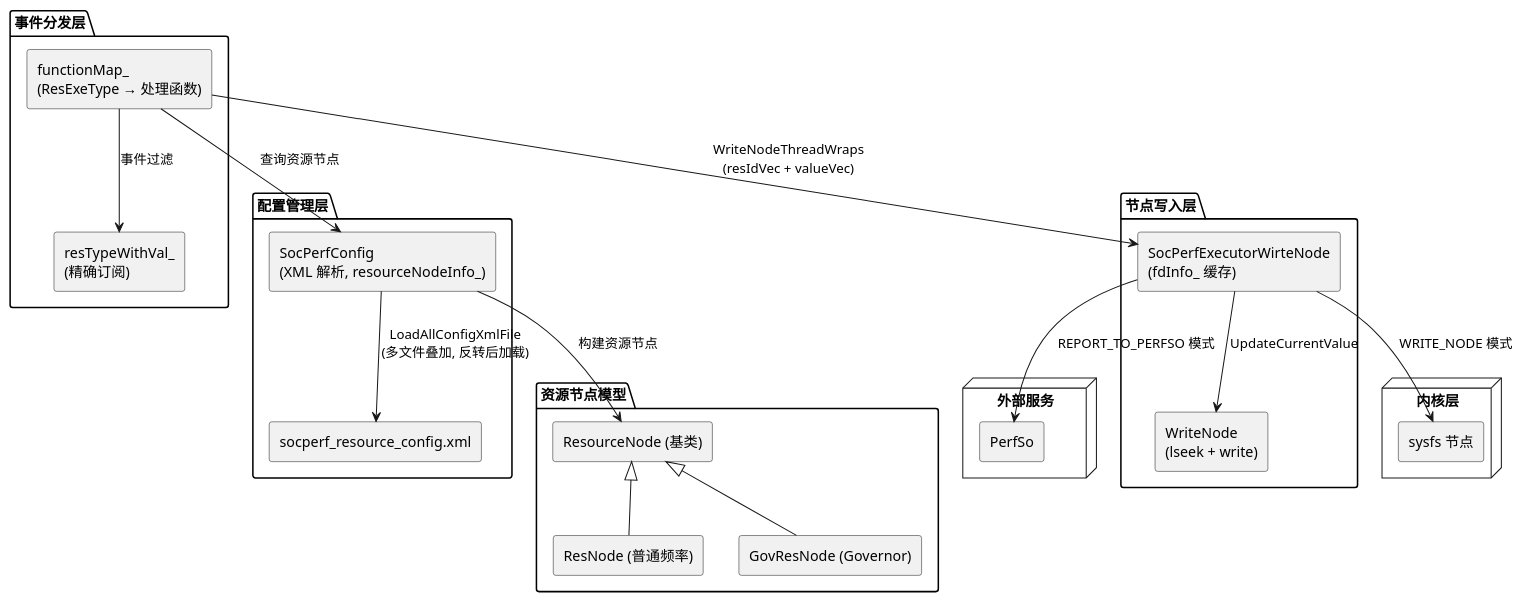
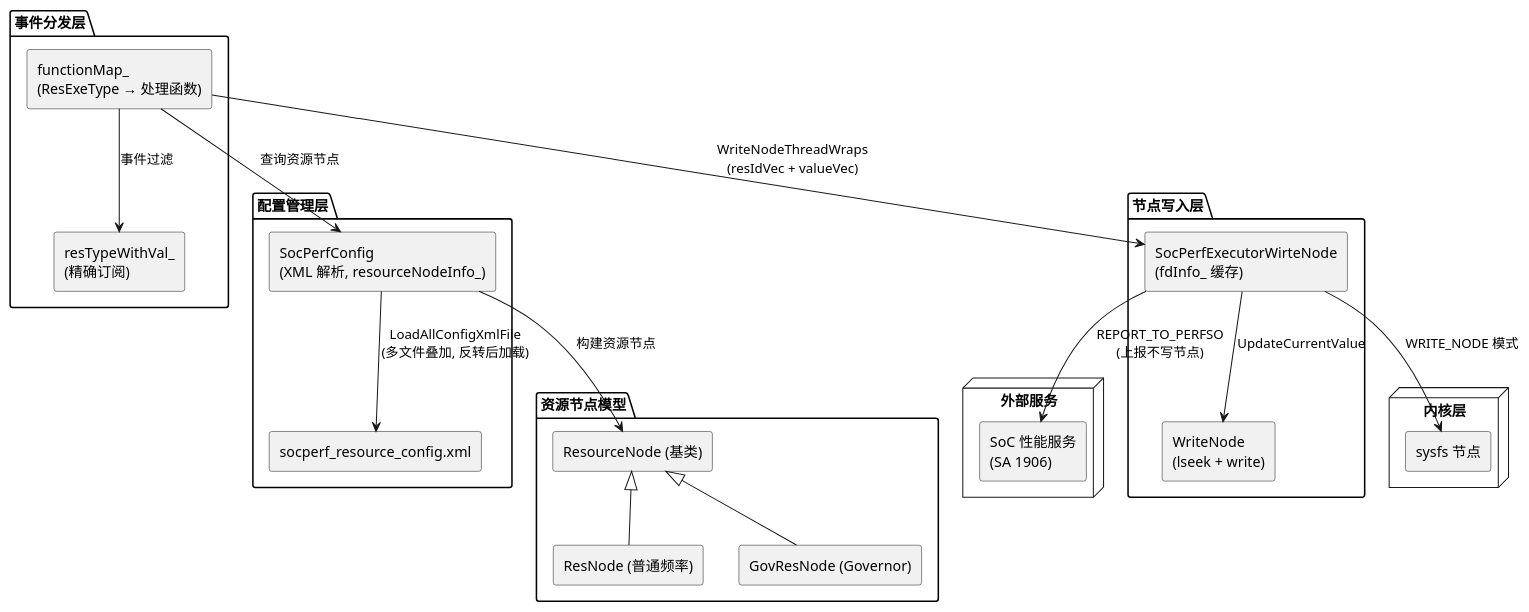
One commit to openharmony/resourceschedule_resource_schedule_service changed the diagram in ressched_executor/plugins/socperf_executor_plugin/docs/knowledge/architecture.md. Above: the diagram before and after it, drawn with PlantUML. The commit also changed other lines of this file and 4 other files, not shown here.

````diff
--- a/ressched_executor/plugins/socperf_executor_plugin/docs/knowledge/architecture.md
+++ b/ressched_executor/plugins/socperf_executor_plugin/docs/knowledge/architecture.md
@@ -15,45 +15,45 @@
 ```plantuml
 @startuml
 skinparam componentStyle rectangle
 
 package "事件分发层" {
     [functionMap_\n(ResExeType → 处理函数)] as Dispatcher
     [resTypeWithVal_\n(精确订阅)] as Subscribe
 }
 
 package "配置管理层" {
     [SocPerfConfig\n(XML 解析, resourceNodeInfo_)] as Config
     [socperf_resource_config.xml] as XmlFile
 }
 
 package "节点写入层" {
     [SocPerfExecutorWirteNode\n(fdInfo_ 缓存)] as Writer
     [WriteNode\n(lseek + write)] as WriteAction
 }
 
 package "资源节点模型" {
     [ResourceNode (基类)] as BaseNode
     [ResNode (普通频率)] as NormalNode
     [GovResNode (Governor)] as GovNode
 }
 
 node "内核层" {
     [sysfs 节点] as Kernel
 }
 
 node "外部服务" {
-    [PerfSo] as PerfSo
+    [SoC 性能服务\n(SA 1906)] as PerfSo
 }
 
 Dispatcher --> Subscribe : 事件过滤
 Dispatcher --> Config : 查询资源节点
 Config --> XmlFile : LoadAllConfigXmlFile\n(多文件叠加, 反转后加载)
 Config --> BaseNode : 构建资源节点
 BaseNode <|-- NormalNode
 BaseNode <|-- GovNode
 Dispatcher --> Writer : WriteNodeThreadWraps\n(resIdVec + valueVec)
 Writer --> WriteAction : UpdateCurrentValue
 Writer --> Kernel : WRITE_NODE 模式
-Writer --> PerfSo : REPORT_TO_PERFSO 模式
+Writer --> PerfSo : REPORT_TO_PERFSO\n(上报不写节点)
 @enduml
 ```
````
